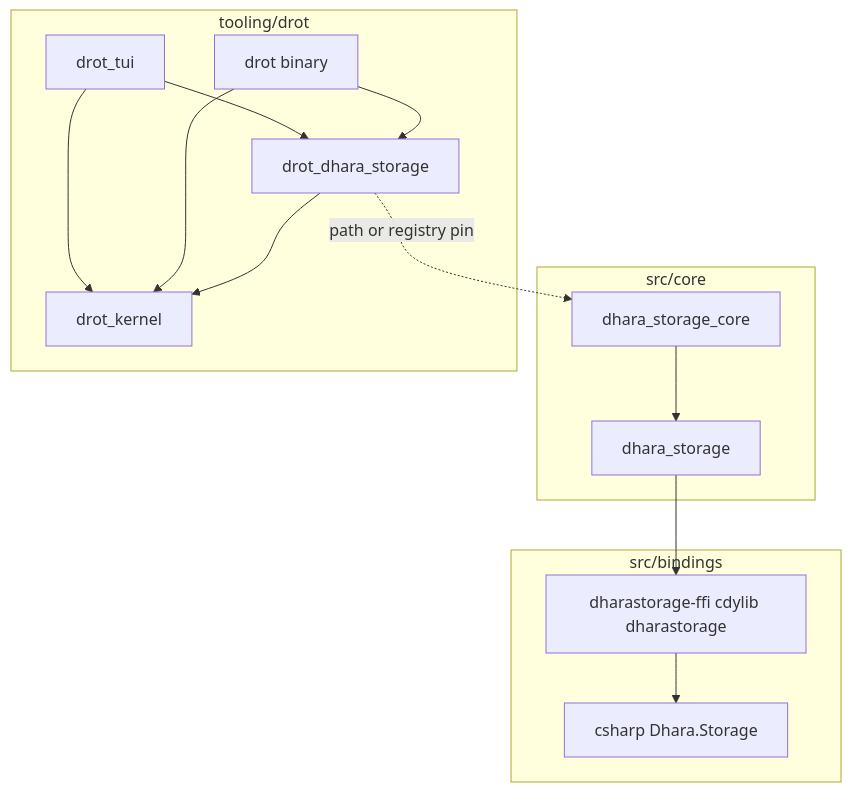
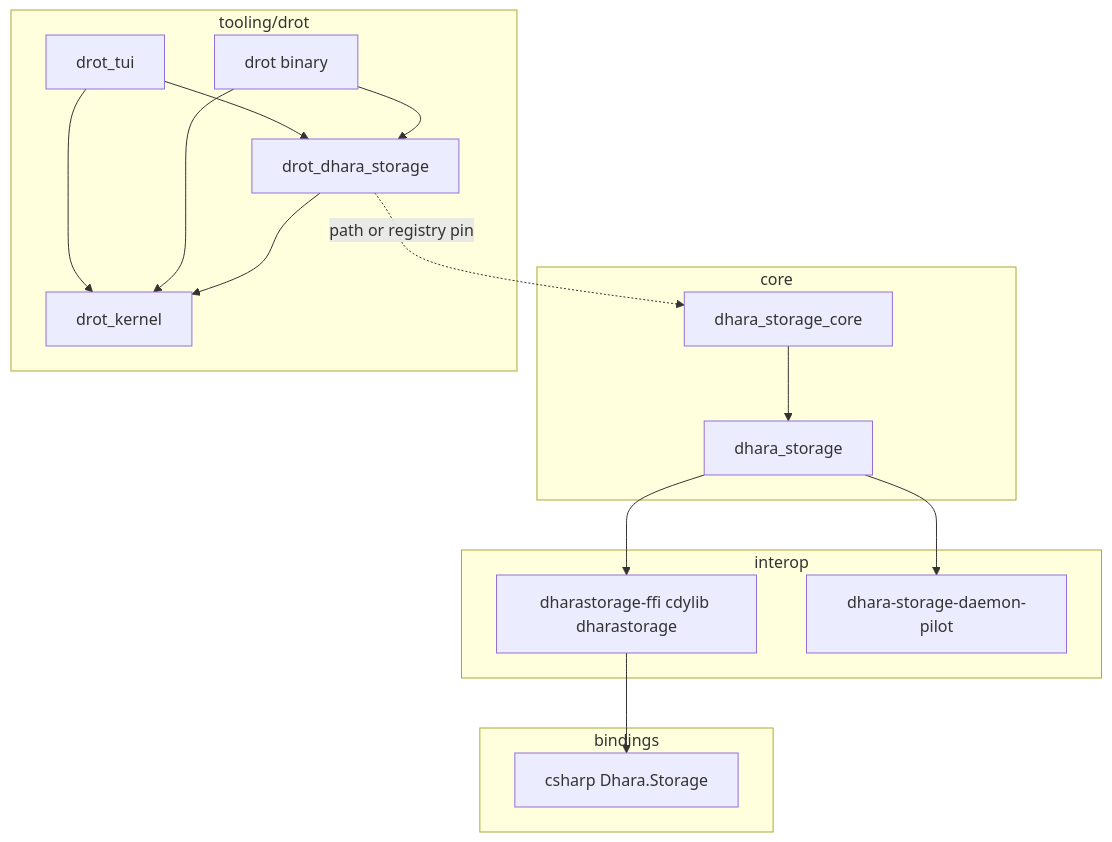
Before and after one commit to D-Naveenz/dhara_storage: the first of 2 diagrams in docs/architecture.md, drawn with Mermaid. The commit also changed other lines of this file and 16 other files, not shown here.

````diff
--- a/docs/architecture.md
+++ b/docs/architecture.md
@@ -7,29 +7,34 @@
 ```mermaid
 flowchart TB
-  subgraph core [src/core]
+  subgraph core [core]
     coreCrate[dhara_storage_core]
     runtime[dhara_storage]
   end
 
-  subgraph bindings [src/bindings]
+  subgraph interop [interop]
     ffi[dharastorage-ffi cdylib dharastorage]
+    daemon[dhara-storage-daemon-pilot]
+  end
+
+  subgraph bindings [bindings]
     csharp[csharp Dhara.Storage]
   end
 
   subgraph tool [tooling/drot]
     kernel[drot_kernel]
     plugin[drot_dhara_storage]
     tui[drot_tui]
     bin[drot binary]
   end
 
   coreCrate --> runtime
   runtime --> ffi
+  runtime --> daemon
   ffi --> csharp
   plugin --> kernel
   bin --> kernel
   bin --> plugin
   tui --> kernel
   tui --> plugin
   plugin -.->|path or registry pin| coreCrate
 ```
````
